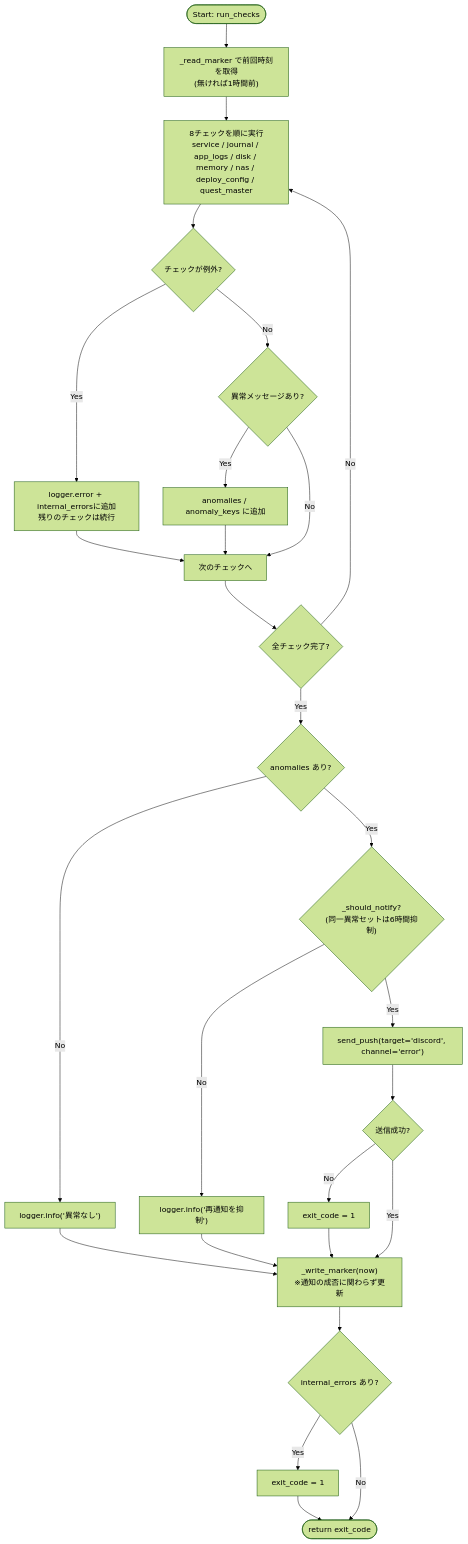
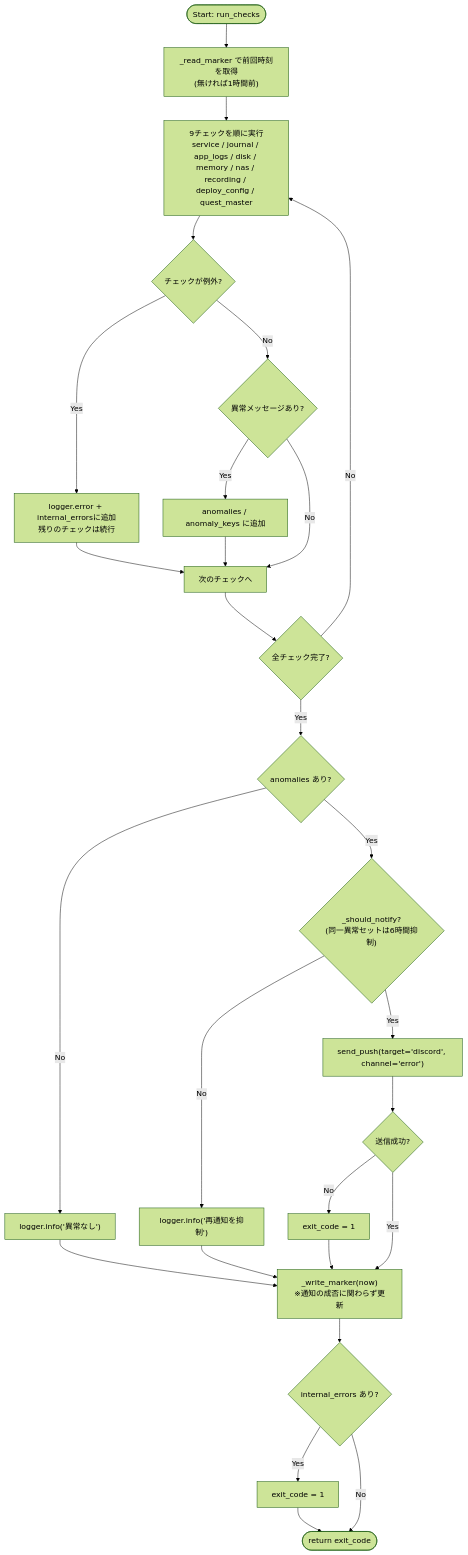
Before and after one commit to mmtigers/my_python_project: the first of 2 diagrams in docs/specifications/MY_HOME_SYSTEM/health_watch.md, drawn with Mermaid (forest theme). The commit also changed other lines of this file and 3 other files, not shown here.

````diff
--- a/docs/specifications/MY_HOME_SYSTEM/health_watch.md
+++ b/docs/specifications/MY_HOME_SYSTEM/health_watch.md
@@ -538,29 +584,29 @@
 ```mermaid
 flowchart TD
     Start([Start: run_checks]) --> ReadMarker["_read_marker で前回時刻を取得<br/>(無ければ1時間前)"]
-    ReadMarker --> Loop["8チェックを順に実行<br/>service / journal / app_logs / disk / memory / nas / deploy_config / quest_master"]
+    ReadMarker --> Loop["9チェックを順に実行<br/>service / journal / app_logs / disk / memory / nas / recording / deploy_config / quest_master"]
     Loop --> CheckErr{"チェックが例外?"}
     CheckErr -- Yes --> LogInternal["logger.error + internal_errorsに追加<br/>残りのチェックは続行"]
     CheckErr -- No --> HasResult{"異常メッセージあり?"}
     HasResult -- Yes --> Collect["anomalies / anomaly_keys に追加"]
     HasResult -- No --> NextCheck["次のチェックへ"]
     LogInternal --> NextCheck
     Collect --> NextCheck
     NextCheck --> AllDone{"全チェック完了?"}
     AllDone -- No --> Loop
     AllDone -- Yes --> AnyAnomaly{"anomalies あり?"}
     AnyAnomaly -- No --> LogOk["logger.info('異常なし')"]
     AnyAnomaly -- Yes --> ShouldNotify{"_should_notify?<br/>(同一異常セットは6時間抑制)"}
     ShouldNotify -- No --> LogSuppress["logger.info('再通知を抑制')"]
     ShouldNotify -- Yes --> Notify["send_push(target='discord', channel='error')"]
     Notify --> NotifyOk{"送信成功?"}
     NotifyOk -- No --> ExitErr["exit_code = 1"]
     NotifyOk -- Yes --> WriteMarker
     LogOk --> WriteMarker
     LogSuppress --> WriteMarker
     ExitErr --> WriteMarker
     WriteMarker["_write_marker(now)<br/>※通知の成否に関わらず更新"] --> InternalCheck{"internal_errors あり?"}
     InternalCheck -- Yes --> ExitOne["exit_code = 1"]
     InternalCheck -- No --> End([return exit_code])
     ExitOne --> End
 ```
````
